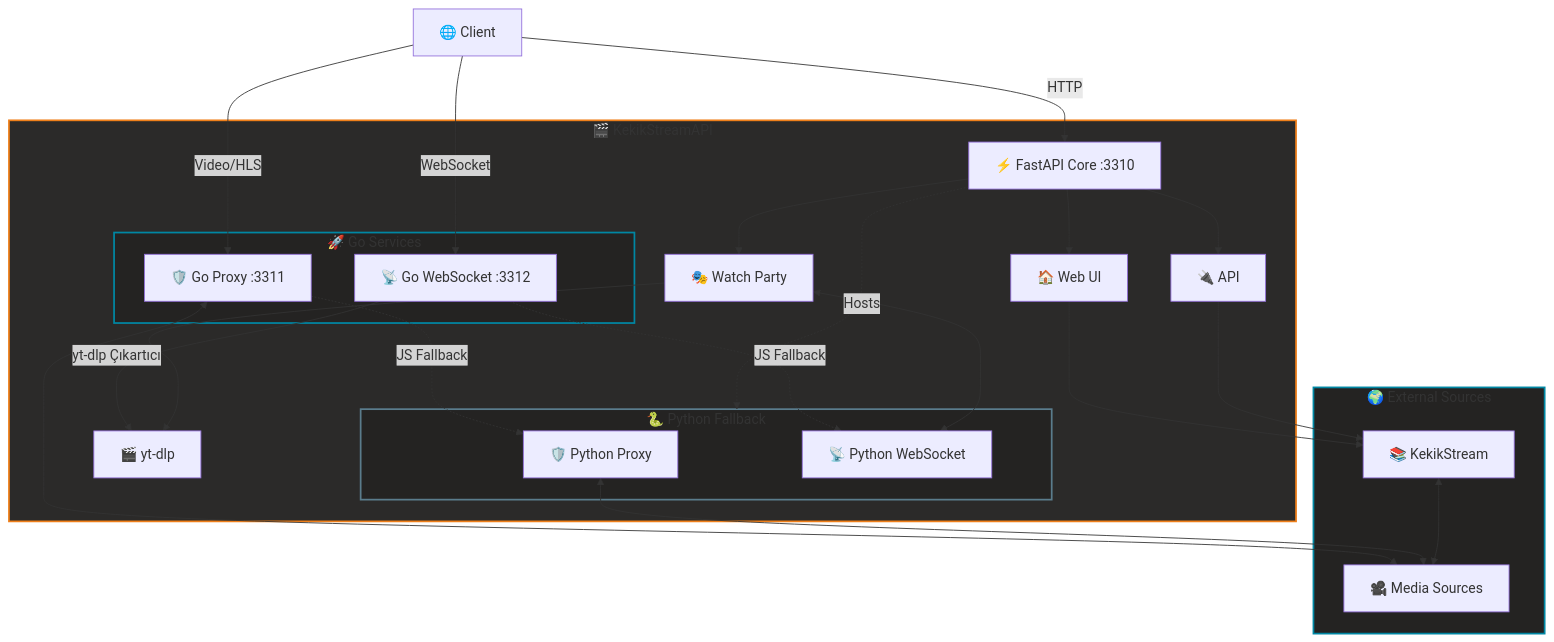
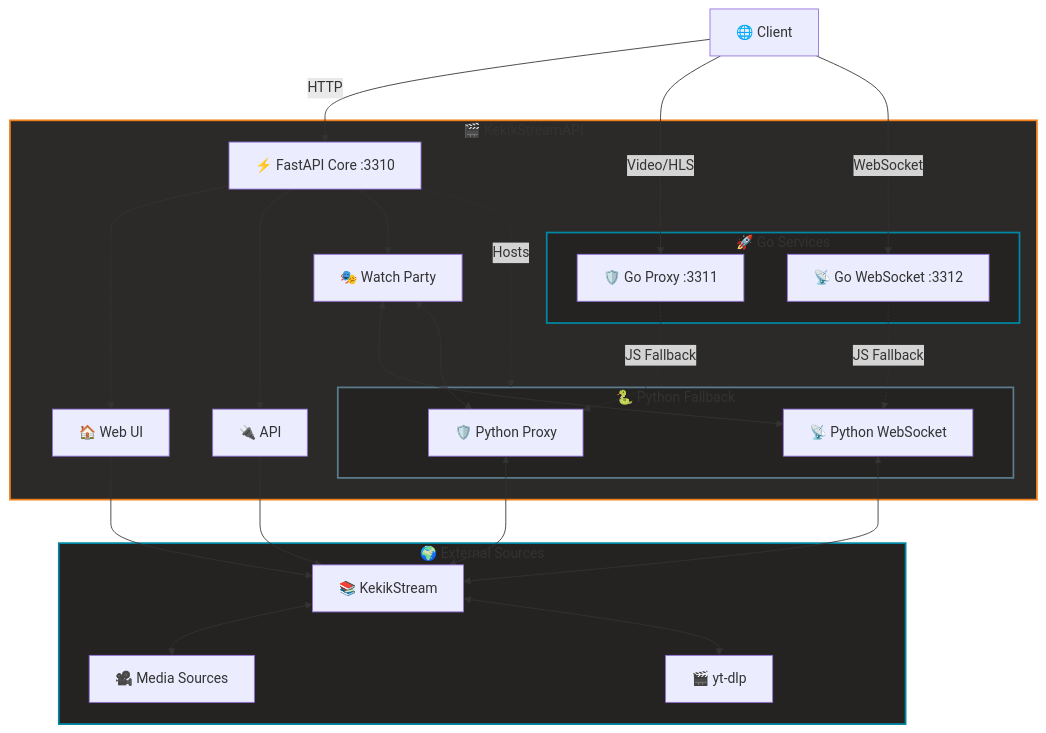
The diagram in README.md (keyiflerolsun/KekikStreamAPI), drawn with Mermaid before and after one commit.

````diff
--- a/README.md
+++ b/README.md
@@ -82,55 +82,56 @@
 ```mermaid
 graph TB
     Client[🌐 Client]
-    
+
     subgraph KekikStreamAPI[🎬 KekikStreamAPI]
         FastAPI[⚡ FastAPI Core :3310]
         Home[🏠 Web UI]
         API[🔌 API]
         WatchParty[🎭 Watch Party]
-        YtDlp[🎬 yt-dlp]
-        
+
         subgraph GoServices[🚀 Go Services]
             GoProxy[🛡️ Go Proxy :3311]
             GoWS[📡 Go WebSocket :3312]
         end
-        
+
         subgraph PyServices[🐍 Python Fallback]
             PyProxy[🛡️ Python Proxy]
             PyWS[📡 Python WebSocket]
         end
     end
-    
+
     subgraph External[🌍 External Sources]
         KekikStream[📚 KekikStream]
         MediaSources[🎥 Media Sources]
+        YtDlp[🎬 yt-dlp]
     end
-    
+
     Client -->|HTTP| FastAPI
     Client -->|Video/HLS| GoProxy
     Client -->|WebSocket| GoWS
-    
+
     FastAPI --> Home
     FastAPI --> API
     FastAPI --> WatchParty
     FastAPI -.->|Hosts| PyServices
-    
+
+    KekikStream <--> MediaSources
+    KekikStream <--> YtDlp
+
+    Home --> KekikStream
+    API --> KekikStream
+
+    WatchParty <--> PyWS
+    WatchParty <--> PyProxy
+
+    PyWS <--> KekikStream
+    PyProxy <--> KekikStream
+
     GoProxy -.->|JS Fallback| PyProxy
     GoWS -.->|JS Fallback| PyWS
-    GoWS -->|yt-dlp Çıkartıcı| YtDlp
-    
-    Home --> KekikStream
-    API --> KekikStream
-    
-    WatchParty <--> PyWS
-    WatchParty --> YtDlp
-    
-    GoProxy <--> MediaSources
-    PyProxy <--> MediaSources
-    KekikStream <--> MediaSources
 
     style KekikStreamAPI fill:#2b2a29,stroke:#ef7f1a,stroke-width:2px
     style GoServices fill:#242322,stroke:#0087a3,stroke-width:2px
     style PyServices fill:#242322,stroke:#5a7c8c,stroke-width:2px
     style External fill:#242322,stroke:#0087a3,stroke-width:2px
 ```
````
